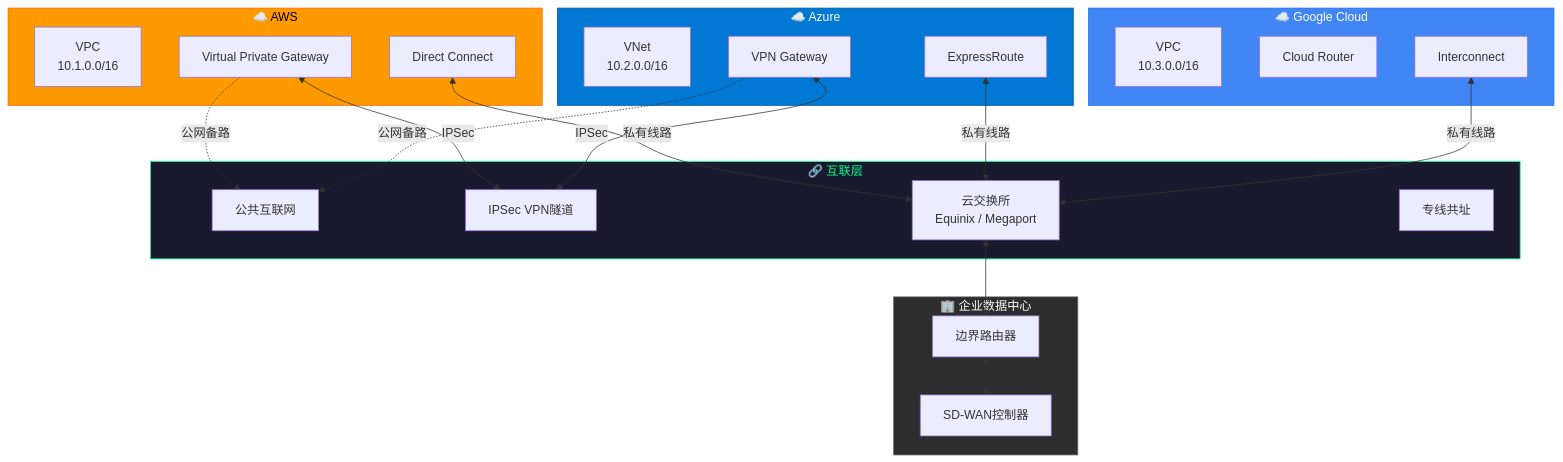
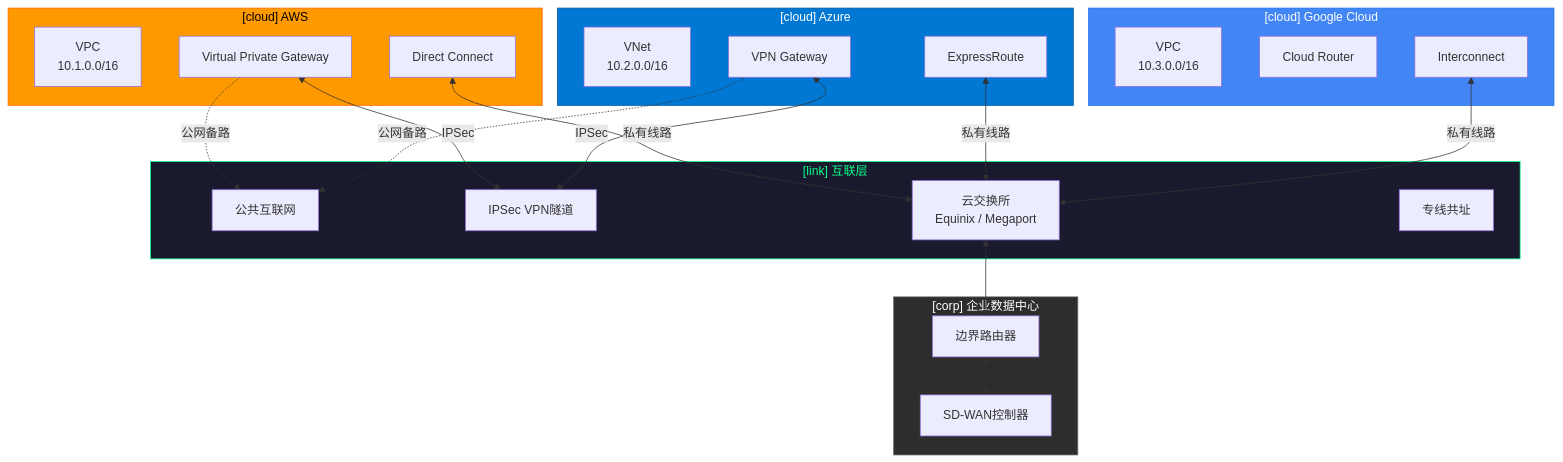
Before and after one commit to SKT-Shurima/NetworkMastery: the second of 5 diagrams in docs/guide/cloud/multi-cloud.md, drawn with Mermaid. The commit also changed other lines of this file and 54 other files, not shown here.

````diff
--- a/docs/guide/cloud/multi-cloud.md
+++ b/docs/guide/cloud/multi-cloud.md
@@ -90,48 +90,48 @@
 ```mermaid
 graph TB
-    subgraph AWS["☁️ AWS"]
+    subgraph AWS["[cloud] AWS"]
         VPC1[VPC<br/>10.1.0.0/16]
         VGW[Virtual Private Gateway]
         DX[Direct Connect]
     end
 
-    subgraph Azure["☁️ Azure"]
+    subgraph Azure["[cloud] Azure"]
         VNet[VNet<br/>10.2.0.0/16]
         VPNGW[VPN Gateway]
         ER[ExpressRoute]
     end
 
-    subgraph GCP["☁️ Google Cloud"]
+    subgraph GCP["[cloud] Google Cloud"]
         VPC2[VPC<br/>10.3.0.0/16]
         CR[Cloud Router]
         IC[Interconnect]
     end
 
-    subgraph Interconnect["🔗 互联层"]
+    subgraph Interconnect["[link] 互联层"]
         Internet[公共互联网]
         IPSEC[IPSec VPN隧道]
         Exchange[云交换所<br/>Equinix / Megaport]
         Colocation[专线共址]
     end
 
-    subgraph OnPrem["🏢 企业数据中心"]
+    subgraph OnPrem["[corp] 企业数据中心"]
         Router[边界路由器]
         SDWAN[SD-WAN控制器]
     end
 
     VGW <-->|IPSec| IPSEC
     VPNGW <-->|IPSec| IPSEC
     DX <-->|私有线路| Exchange
     ER <-->|私有线路| Exchange
     IC <-->|私有线路| Exchange
     Exchange <--> Router
     Router <--> SDWAN
     VGW -.->|公网备路| Internet
     VPNGW -.->|公网备路| Internet
 
     style AWS fill:#FF9900,color:#000,stroke:#FF6600
     style Azure fill:#0078D4,color:#fff,stroke:#005A9E
     style GCP fill:#4285F4,color:#fff,stroke:#1A73E8
     style Interconnect fill:#1a1a2e,color:#00ff88,stroke:#00ff88
     style OnPrem fill:#2d2d2d,color:#fff,stroke:#666
 ```
````
